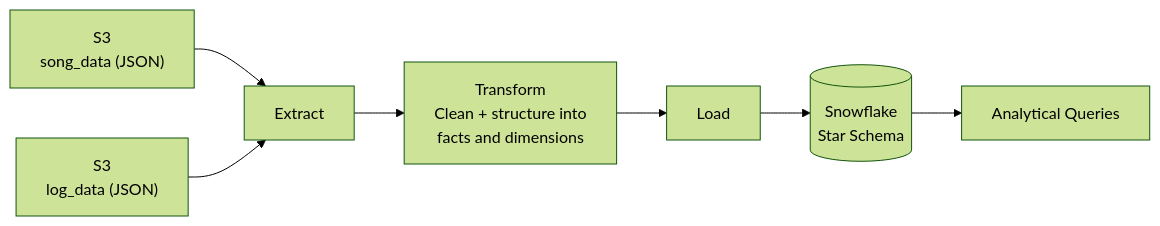
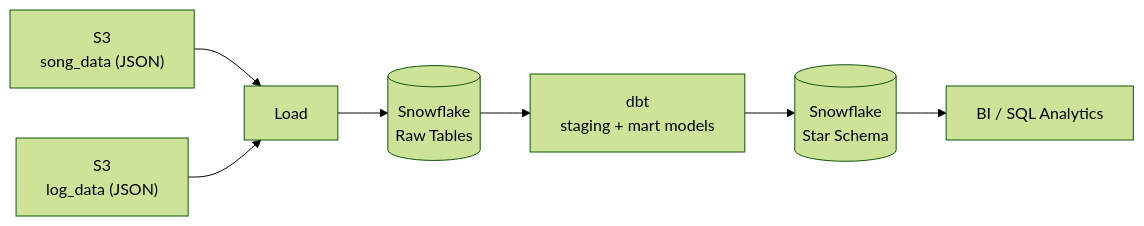
The diagram in README.md (shariq-13/Sparkify-data-warehousing), drawn with Mermaid (forest theme) before and after one commit. The commit also changed other lines of this file, not shown here.

````diff
--- a/README.md
+++ b/README.md
@@ -55,14 +66,14 @@
 ```mermaid
 flowchart LR
     A["S3
-song_data (JSON)"] --> E["Extract"]
+song_data (JSON)"] --> L["Load"]
     B["S3
-log_data (JSON)"] --> E
-    E --> T["Transform
-Clean + structure into
-facts and dimensions"]
-    T --> L["Load"]
-    L --> SF[("Snowflake
+log_data (JSON)"] --> L
+    L --> RAW[("Snowflake
+Raw Tables")]
+    RAW --> T["dbt
+staging + mart models"]
+    T --> SF[("Snowflake
 Star Schema")]
-    SF --> Q["Analytical Queries"]
+    SF --> Q["BI / SQL Analytics"]
 ```
````
